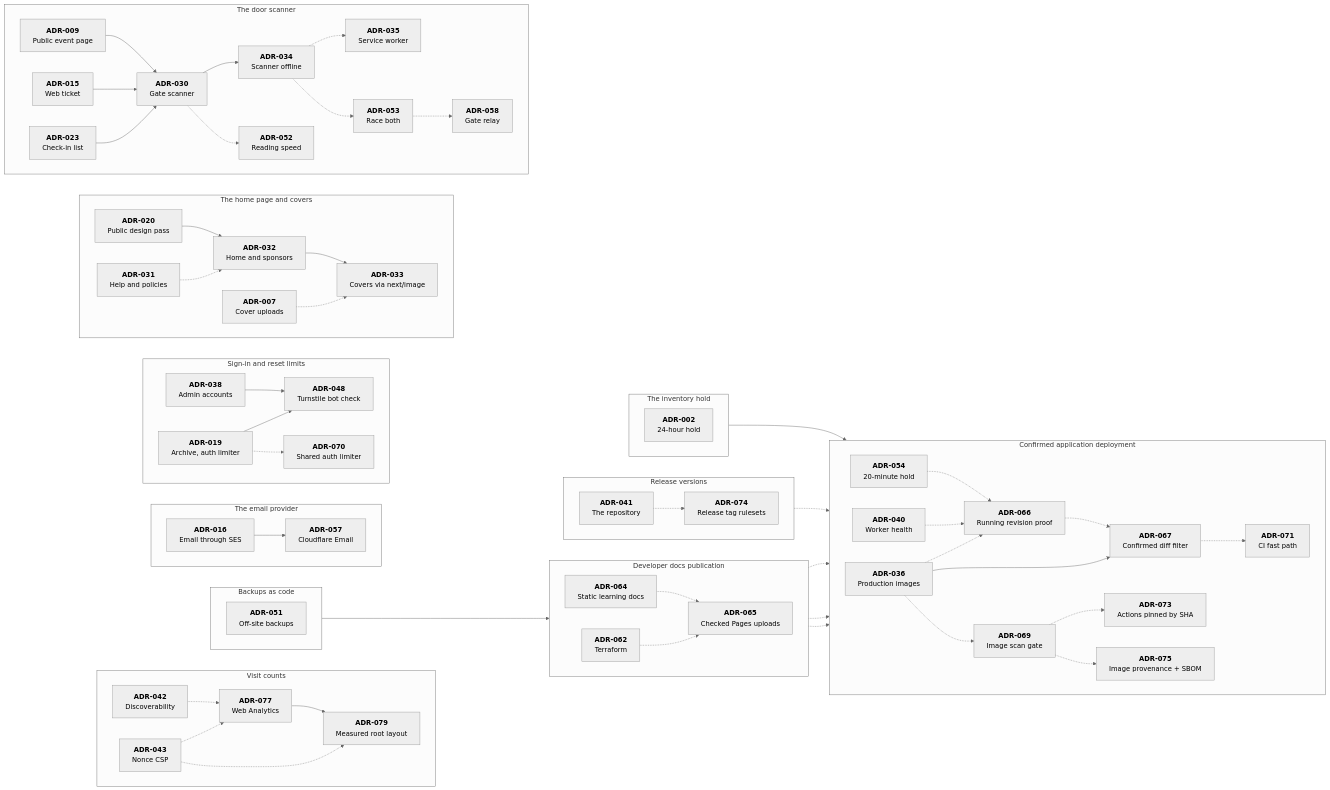
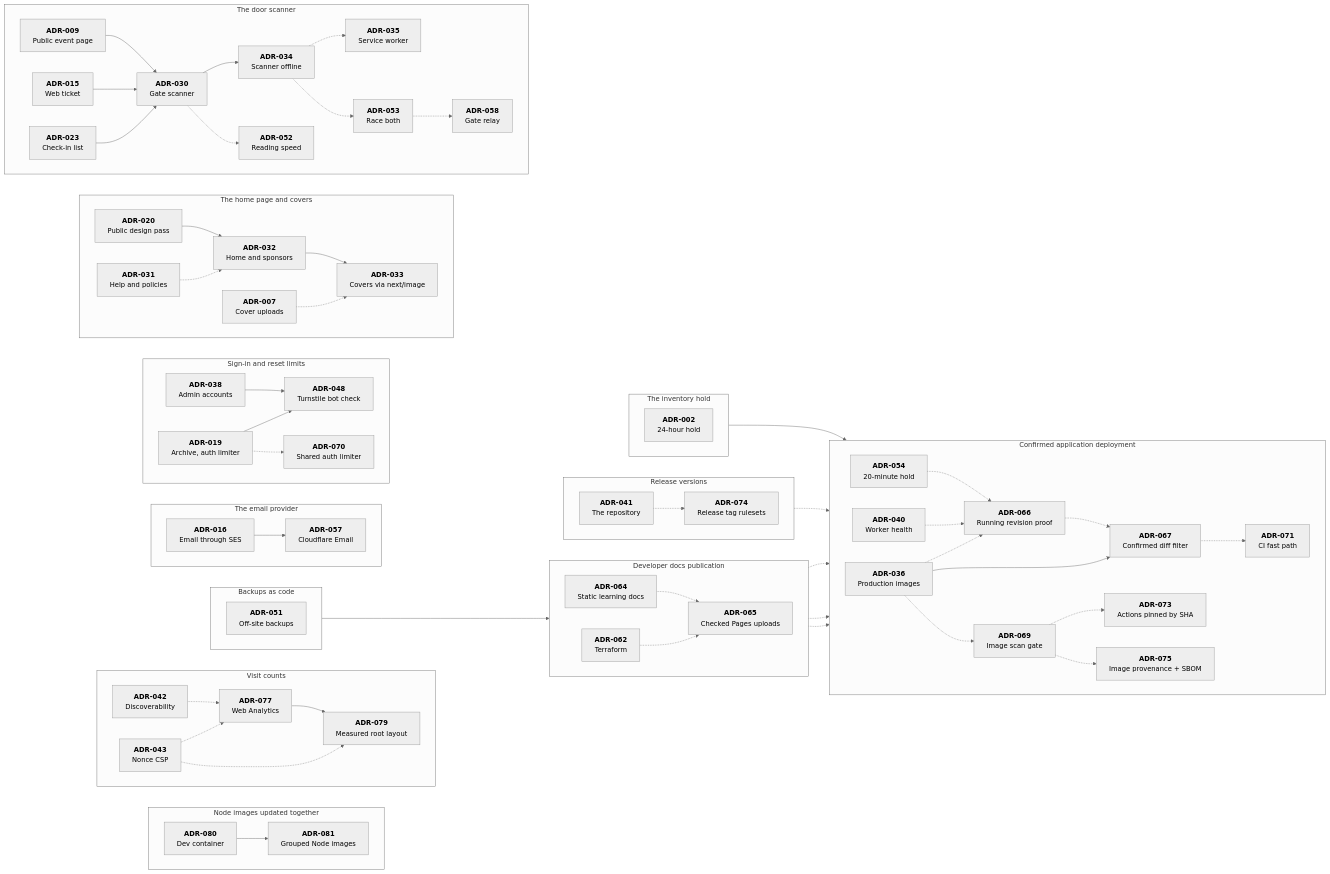
One commit to Ashfak-Hossain/EchoAndAura changed the diagram in docs/decisions/README.md. Above: the diagram before and after it, drawn with Mermaid (neutral theme). The commit also changed other lines of this file and 8 other files, not shown here.

First line of the commit message:
chore(images): pin Node 26.12.0 by digest in both Dockerfiles

````diff
--- a/docs/decisions/README.md
+++ b/docs/decisions/README.md
@@ -54,6 +54,14 @@
 ```mermaid
 %%{init: {"flowchart": {"wrappingWidth": 260}}}%%
 flowchart LR
+    subgraph nodeimages ["Node images updated together"]
+        direction LR
+        a080["`**ADR-080**
+        Dev container`"]
+        a081["`**ADR-081**
+        Grouped Node images`"]
+        a080 --> a081
+    end
     subgraph publication ["Developer docs publication"]
         direction LR
         a064["`**ADR-064**
````
